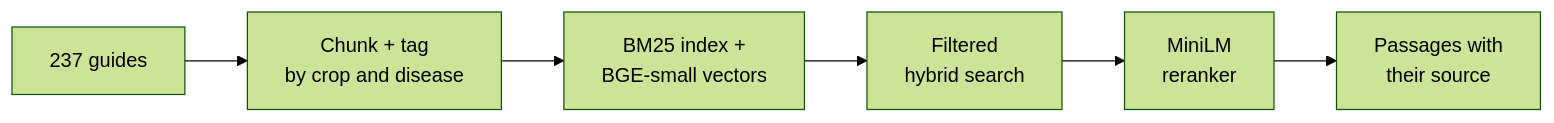
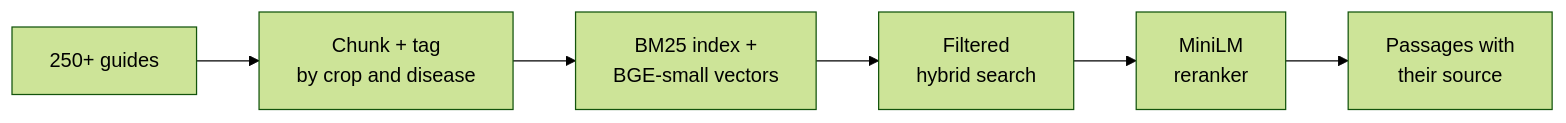
One commit to aakashksen/sprout changed the fifth of 10 diagrams in README.md. Above: the diagram before and after it, drawn with Mermaid (forest theme). The commit also changed other lines of this file and 4 other files, not shown here.

Commit message:
Say 250+ guides in the README, site and architecture pages

````diff
--- a/README.md
+++ b/README.md
@@ -139,8 +139,8 @@
 ```mermaid
 flowchart LR
-    G["237 guides"] --> C["Chunk + tag<br/>by crop and disease"]
+    G["250+ guides"] --> C["Chunk + tag<br/>by crop and disease"]
     C --> I["BM25 index +<br/>BGE-small vectors"]
     I --> F["Filtered<br/>hybrid search"]
     F --> R["MiniLM<br/>reranker"]
     R --> P["Passages with<br/>their source"]
 ```
````
